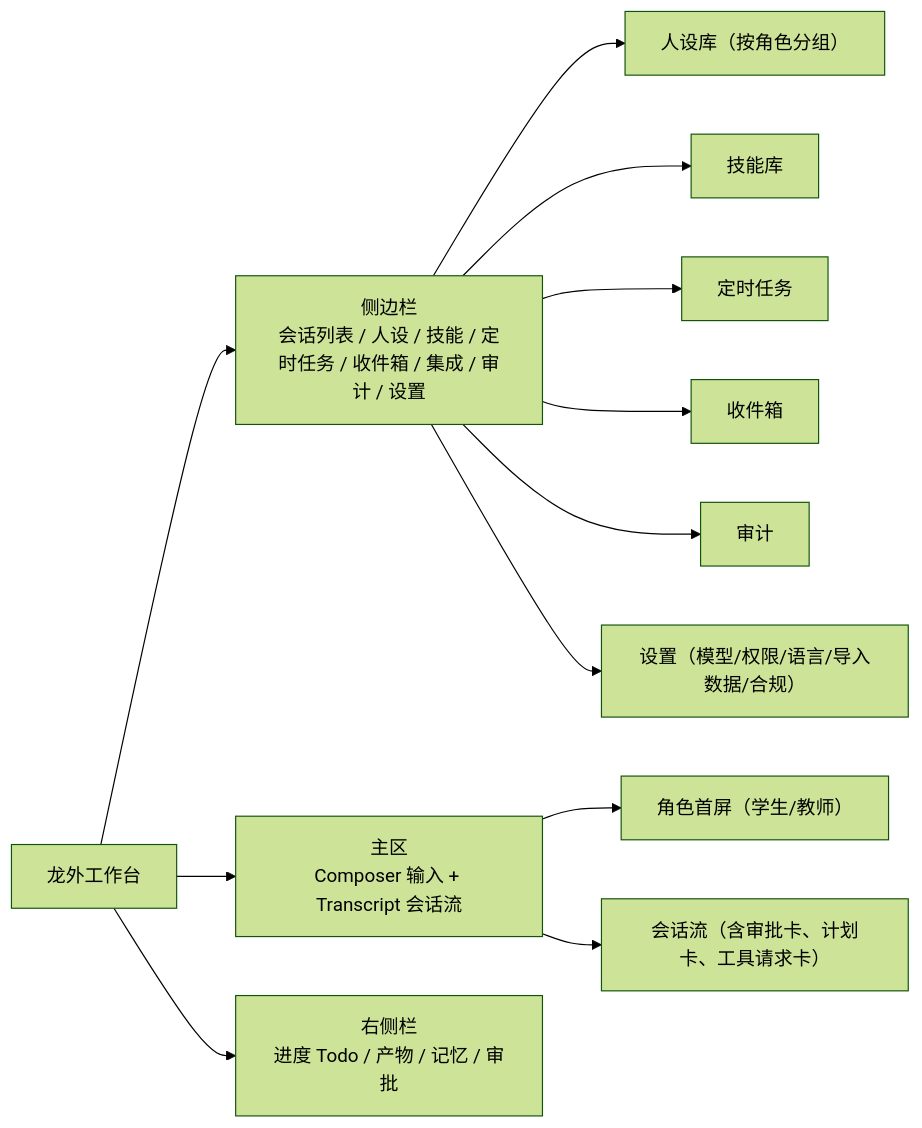
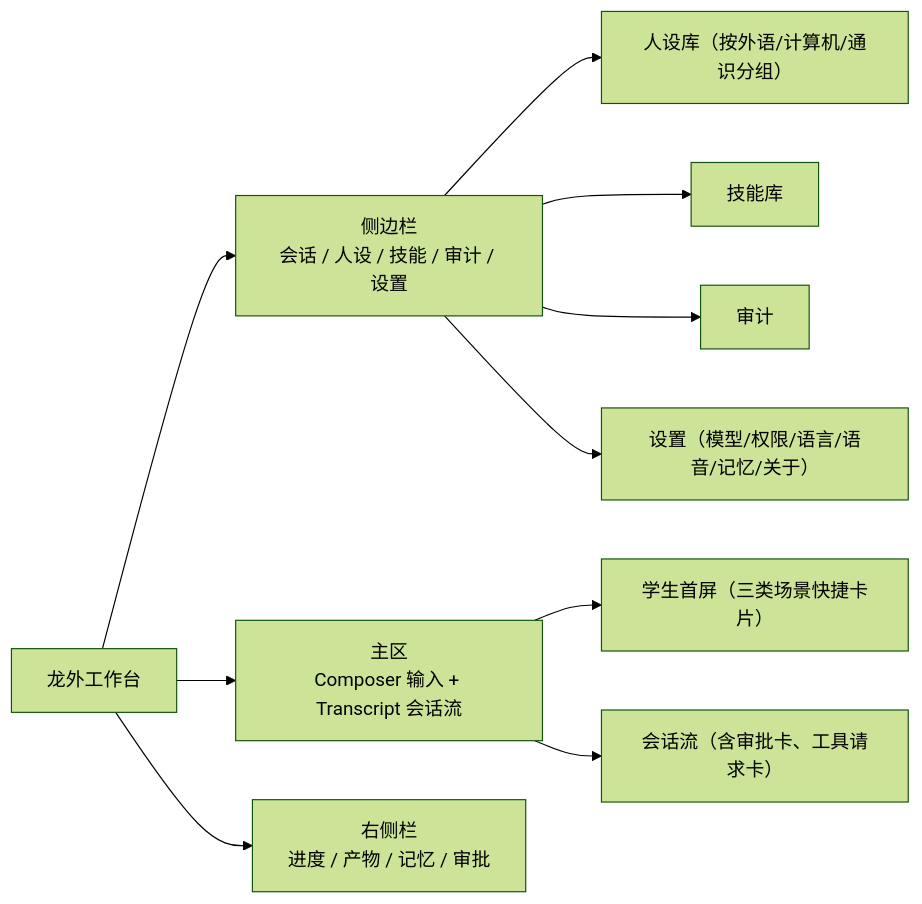
One commit to light-misty/Stealth-Study changed the eighth of 11 diagrams in docs/PRD-龙外工作台.md. Above: the diagram before and after it, drawn with Mermaid (forest theme). The commit also changed other lines of this file and 2 other files, not shown here.

````diff
--- a/docs/PRD-龙外工作台.md
+++ b/docs/PRD-龙外工作台.md
@@ -819,14 +849,12 @@
 ```mermaid
 graph LR
-    App["龙外工作台"] --> Sidebar["侧边栏<br/>会话列表 / 人设 / 技能 / 定时任务 / 收件箱 / 集成 / 审计 / 设置"]
+    App["龙外工作台"] --> Sidebar["侧边栏<br/>会话 / 人设 / 技能 / 审计 / 设置"]
     App --> Main["主区<br/>Composer 输入 + Transcript 会话流"]
-    App --> Rail["右侧栏<br/>进度 Todo / 产物 / 记忆 / 审批"]
-    Sidebar --> S1["人设库（按角色分组）"]
+    App --> Rail["右侧栏<br/>进度 / 产物 / 记忆 / 审批"]
+    Sidebar --> S1["人设库（按外语/计算机/通识分组）"]
     Sidebar --> S2["技能库"]
-    Sidebar --> S3["定时任务"]
-    Sidebar --> S4["收件箱"]
-    Sidebar --> S5["审计"]
-    Sidebar --> S6["设置（模型/权限/语言/导入数据/合规）"]
-    Main --> M1["角色首屏（学生/教师）"]
-    Main --> M2["会话流（含审批卡、计划卡、工具请求卡）"]
+    Sidebar --> S3["审计"]
+    Sidebar --> S4["设置（模型/权限/语言/语音/记忆/关于）"]
+    Main --> M1["学生首屏（三类场景快捷卡片）"]
+    Main --> M2["会话流（含审批卡、工具请求卡）"]
 ```
````
